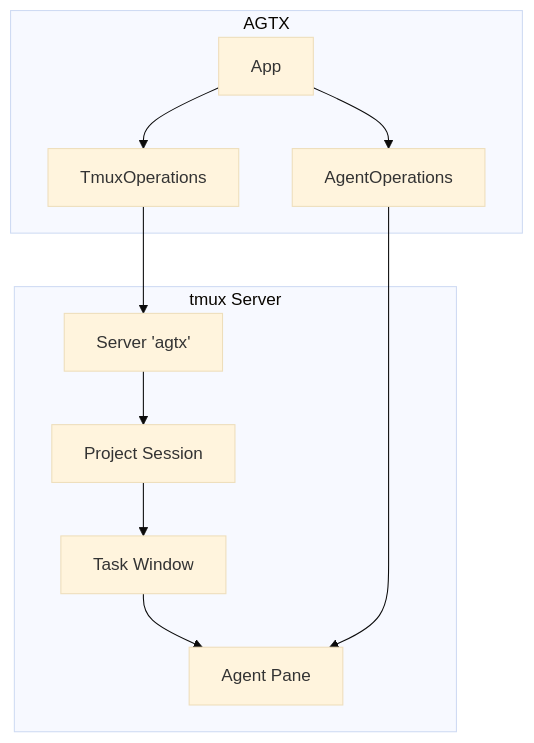
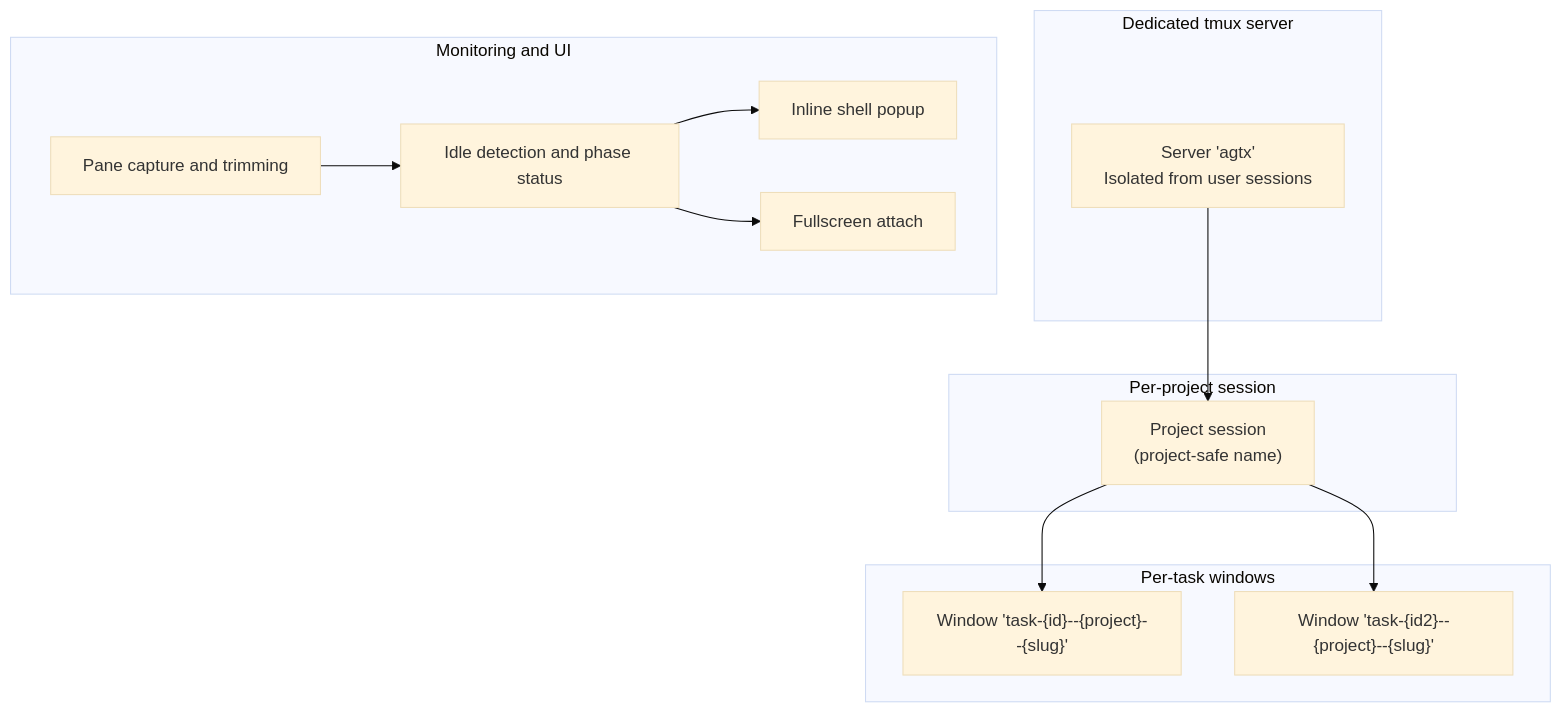
One commit to bramburn/agtx changed the second of 9 diagrams in .qoder/repowiki/en/content/tmux Integration/tmux Integration.md. Above: the diagram before and after it, drawn with Mermaid (base theme). The commit also changed other lines of this file and 140 other files, not shown here.

First line of the commit message:
fix(tui): add F2 footer navigation support to shell popup

````diff
--- a/.qoder/repowiki/en/content/tmux Integration/tmux Integration.md
+++ b/.qoder/repowiki/en/content/tmux Integration/tmux Integration.md
@@ -93,21 +87,25 @@
 ```mermaid
 graph TB
-subgraph "tmux Server"
-S["Server 'agtx'"]
-SES["Project Session"]
-WIN["Task Window"]
-PANE["Agent Pane"]
+subgraph "Dedicated tmux server"
+AGTX["Server 'agtx'<br/>Isolated from user sessions"]
 end
-subgraph "AGTX"
-APP["App"]
-OPS["TmuxOperations"]
-AGOPS["AgentOperations"]
+subgraph "Per-project session"
+PROJ["Project session<br/>(project-safe name)"]
 end
-APP --> OPS
-OPS --> S
-S --> SES
-SES --> WIN
-WIN --> PANE
-APP --> AGOPS
-AGOPS --> PANE
+subgraph "Per-task windows"
+WIN1["Window 'task-{id}--{project}--{slug}'"]
+WIN2["Window 'task-{id2}--{project}--{slug}'"]
+end
+subgraph "Monitoring and UI"
+CAPTURE["Pane capture and trimming"]
+POPUP["Inline shell popup"]
+ATTACH["Fullscreen attach"]
+IDLE["Idle detection and phase status"]
+end
+AGTX --> PROJ
+PROJ --> WIN1
+PROJ --> WIN2
+CAPTURE --> IDLE
+IDLE --> POPUP
+IDLE --> ATTACH
 ```
````
